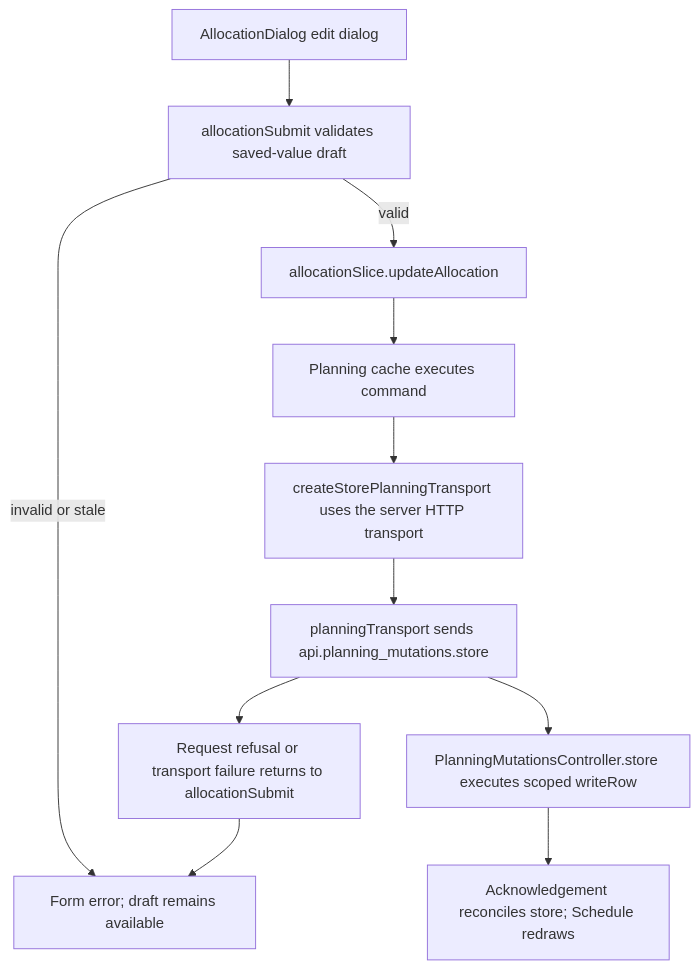
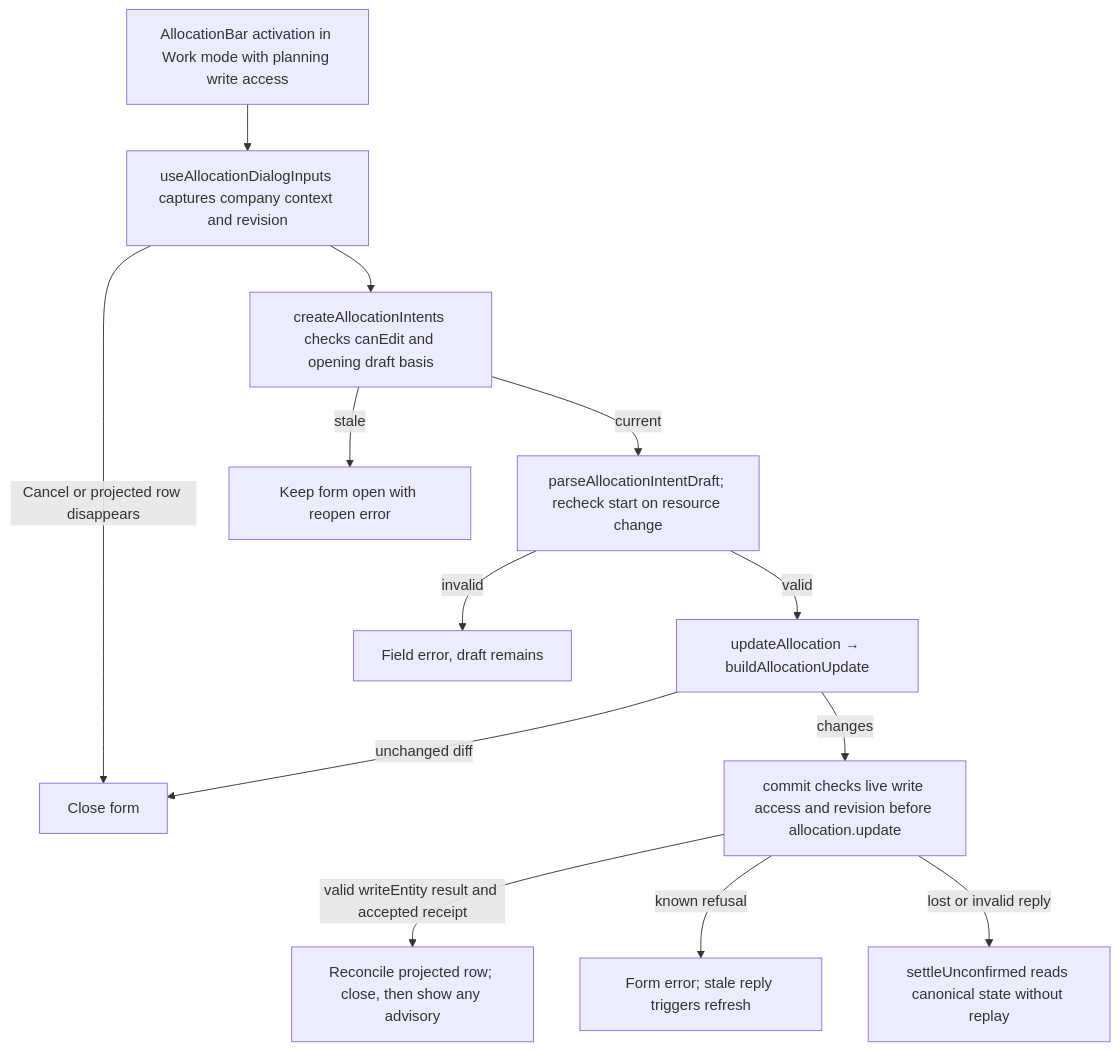
The second of 2 diagrams in user-stories/allocation/US-ALL-02-edit.md (Kevinjohn/capacitylens), drawn with Mermaid before and after one commit. The commit also changed other lines of this file and 172 other files, not shown here.

Commit message:
docs: reconcile user story code flows with source

````diff
--- a/user-stories/allocation/US-ALL-02-edit.md
+++ b/user-stories/allocation/US-ALL-02-edit.md
@@ -51,13 +51,15 @@
 ```mermaid
 flowchart TD
-  A["AllocationDialog edit dialog"] --> B["allocationSubmit validates saved-value draft"]
-  B -->|valid| C["allocationSlice.updateAllocation"]
-  B -->|invalid or stale| I["Form error; saved row remains"]
-  C --> D["Planning cache executes command"]
-  D --> E["createStorePlanningTransport uses the server HTTP transport"]
-  E --> F["planningTransport sends api.planning_mutations.store"]
-  F --> J["Request refusal or transport failure returns to allocationSubmit"]
-  J --> I["Form error; draft remains available"]
-  F --> G["PlanningMutationsController.store executes scoped writeRow"]
-  G --> H["Acknowledgement reconciles store; Schedule redraws"]
+  Bar["AllocationBar activation in Work mode with planning write access"] --> Draft["useAllocationDialogInputs captures company context and revision"]
+  Draft -->|Cancel or projected row disappears| Close["Close form"]
+  Draft --> Submit["createAllocationIntents checks canEdit and opening draft basis"]
+  Submit -->|stale| Stale["Keep form open with reopen error"]
+  Submit -->|current| Validate["parseAllocationIntentDraft; recheck start on resource change"]
+  Validate -->|invalid| Field["Field error, draft remains"]
+  Validate -->|valid| Update["updateAllocation → buildAllocationUpdate"]
+  Update -->|unchanged diff| Close
+  Update -->|changes| Commit["commit checks live write access and revision before allocation.update"]
+  Commit -->|valid writeEntity result and accepted receipt| Saved["Reconcile projected row; close, then show any advisory"]
+  Commit -->|known refusal| Refusal["Form error; stale reply triggers refresh"]
+  Commit -->|lost or invalid reply| Unknown["settleUnconfirmed reads canonical state without replay"]
 ```
````
